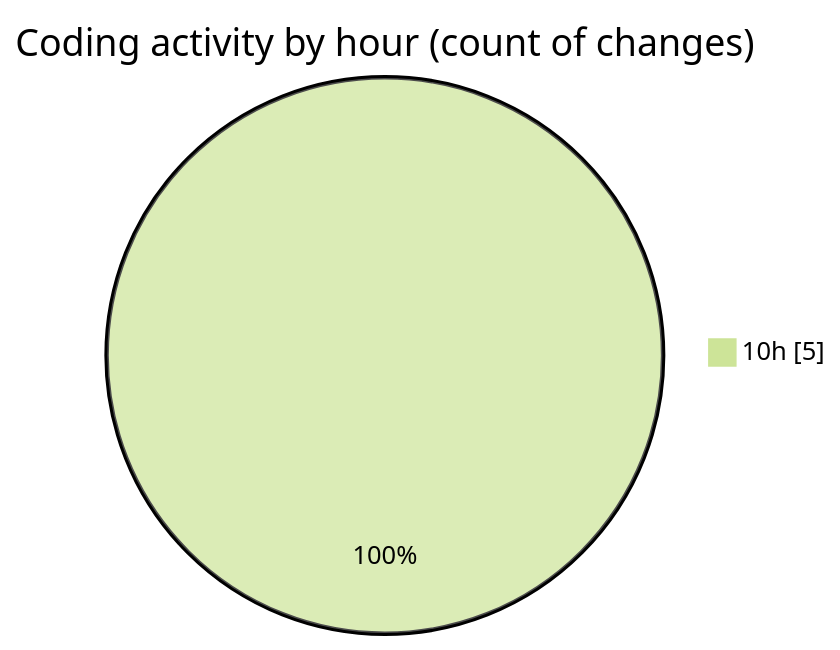
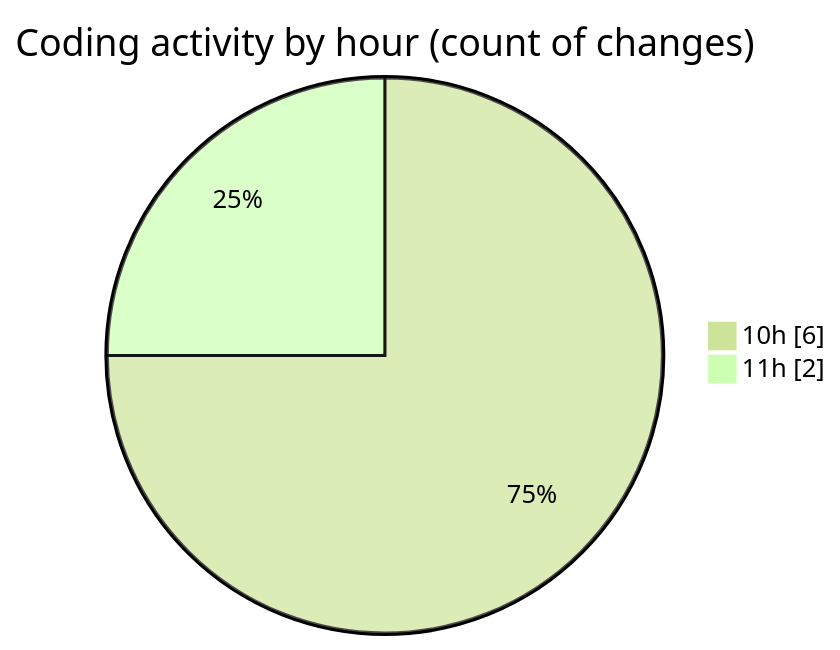
One commit to ricardozamudiocil/code-tracking changed the second of 2 diagrams in 2026-07-08/cilapp/README.md. Above: the diagram before and after it, drawn with Mermaid (forest theme). The commit also changed other lines of this file and 1 other file, not shown here.

````diff
--- a/2026-07-08/cilapp/README.md
+++ b/2026-07-08/cilapp/README.md
@@ -28,5 +30,6 @@
 ```mermaid
 pie showData
 title Coding activity by hour (count of changes)
-"10h" : 5
+"10h" : 6
+"11h" : 2
 ```
````
